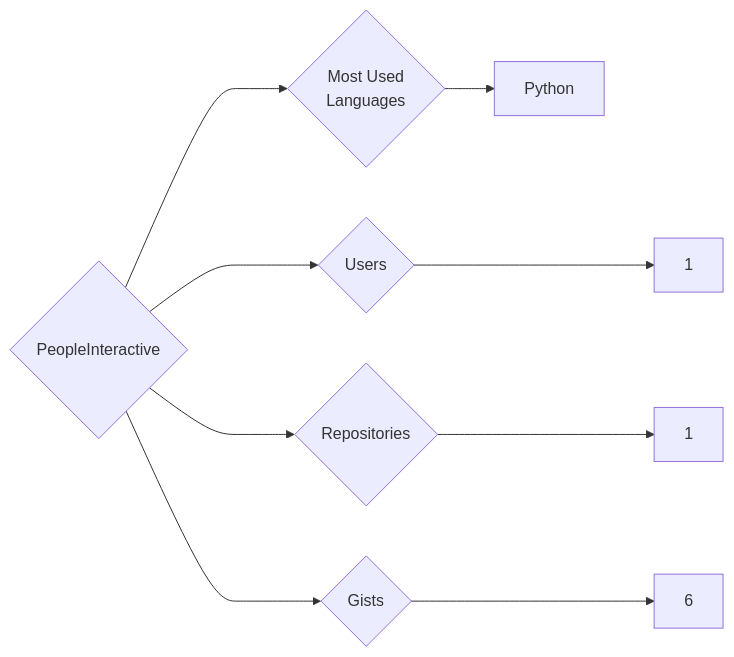
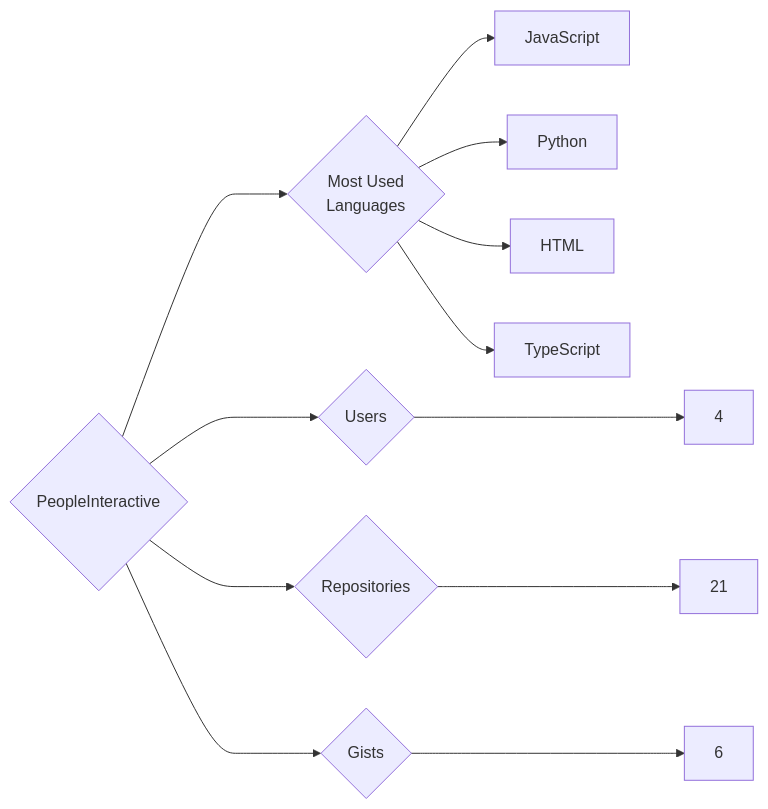
The diagram in targets/PeopleInteractive/README.md (trickest/insiders), drawn with Mermaid before and after one commit. The commit also changed 955 other files, not shown here.

````diff
--- a/targets/PeopleInteractive/README.md
+++ b/targets/PeopleInteractive/README.md
@@ -3,9 +3,12 @@
 ```mermaid
 graph LR
 COMPANY_NAME{PeopleInteractive}
-COMPANY_NAME ---> U{Users} ---> UN[1]
-COMPANY_NAME ---> R{Repositories} ---> RN[1]
+COMPANY_NAME ---> U{Users} ---> UN[4]
+COMPANY_NAME ---> R{Repositories} ---> RN[21]
 COMPANY_NAME ---> G{Gists} ---> GN[6]
 COMPANY_NAME ---> ML{Most Used<br>Languages}
+ML --> JavaScript[JavaScript]
 ML --> Python[Python]
+ML --> HTML[HTML]
+ML --> TypeScript[TypeScript]
 ```
````
